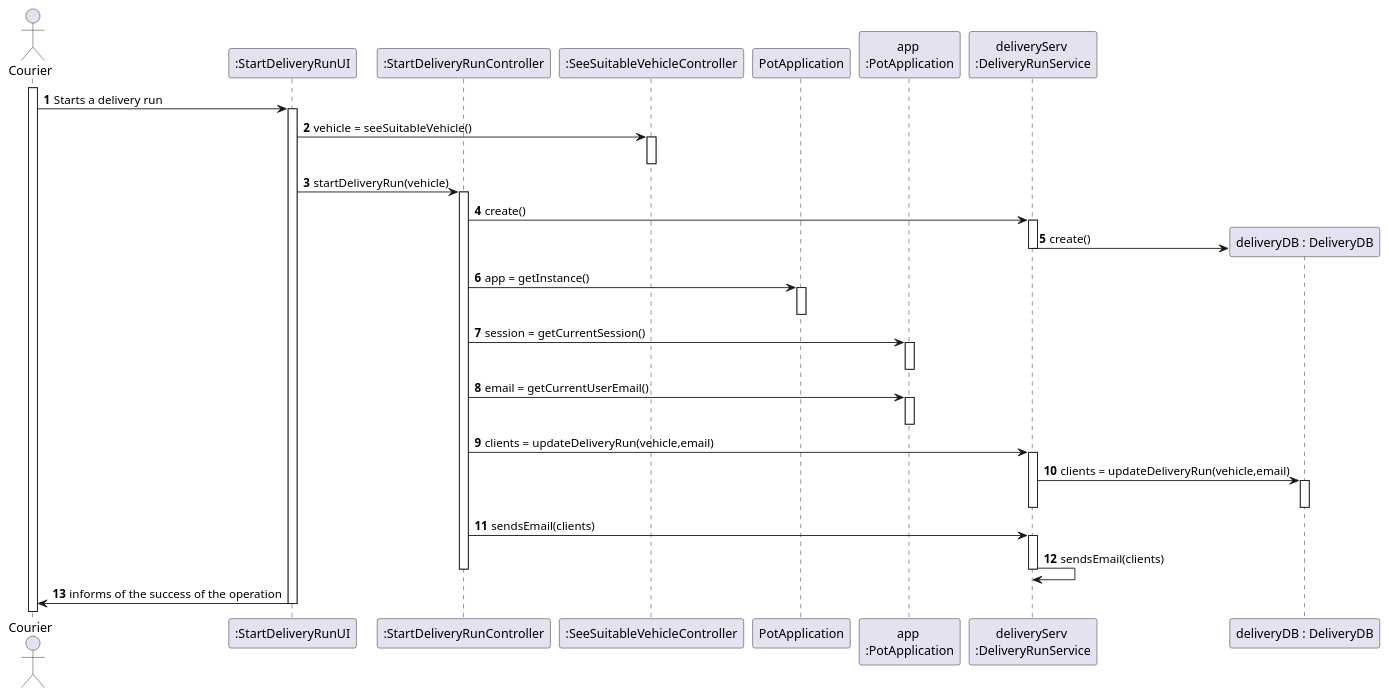
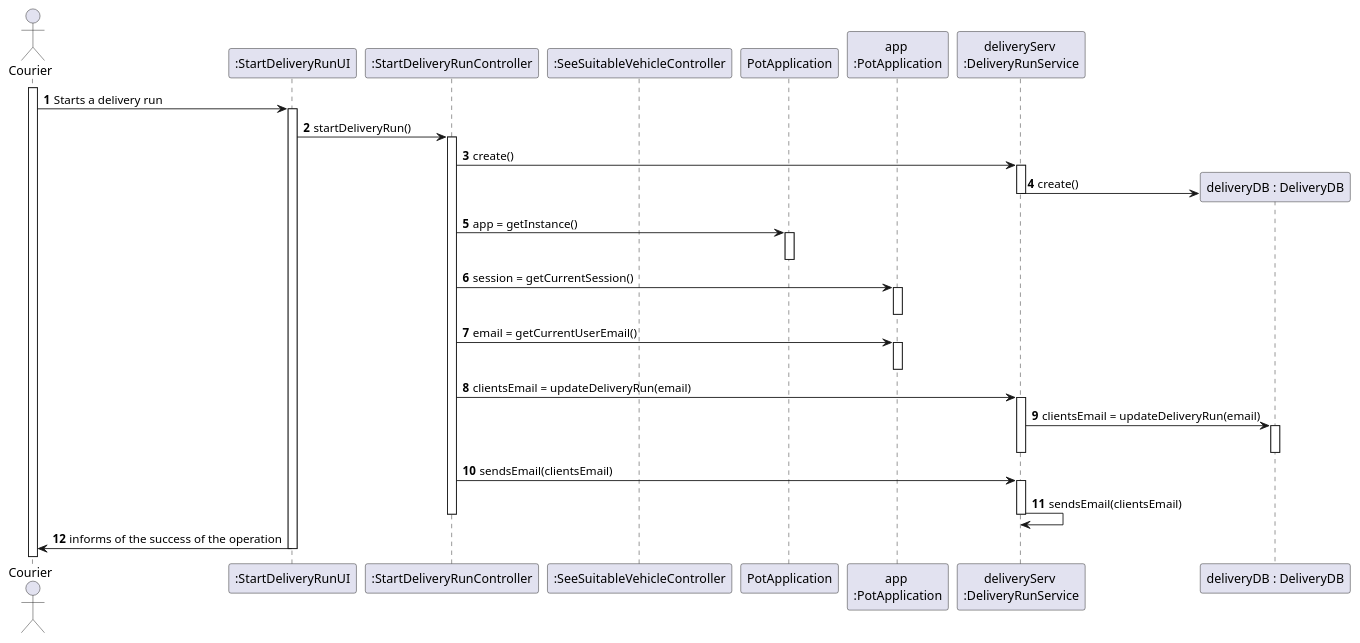
The diagram in docs/Iteration 3/Delivery Management/Refinement/US205_StartDeliveryRun/US205_SD.puml (tiagoavcosta25/LAPR3), drawn with PlantUML before and after one commit. The commit also changed 1 other file, not shown here.

Commit message:
LAPR2AP2-205 #refining StartDeliveryRun [Analysis] LAPR2AP2-205 #refining StartDeliveryRun [Design]

```diff
--- a/docs/Iteration 3/Delivery Management/Refinement/US205_StartDeliveryRun/US205_SD.puml
+++ b/docs/Iteration 3/Delivery Management/Refinement/US205_StartDeliveryRun/US205_SD.puml
@@ -1,50 +1,47 @@
 @startuml
 autonumber
 actor "Courier" as ADMIN
 participant ":StartDeliveryRunUI" as UI
 participant ":StartDeliveryRunController" as CTRL
 participant ":SeeSuitableVehicleController" as CTRLS
 participant "PotApplication" as PA
 participant "app \n:PotApplication" as APA
 participant "deliveryServ \n:DeliveryRunService" as PR
 participant "deliveryDB : DeliveryDB" as PDB
 activate ADMIN
 
 ADMIN -> UI : Starts a delivery run
 activate UI
 
-UI -> CTRLS : vehicle = seeSuitableVehicle()
-activate CTRLS
-deactivate CTRLS
-UI -> CTRL : startDeliveryRun(vehicle)
+UI -> CTRL : startDeliveryRun()
 activate CTRL
 CTRL -> PR : create()
 activate PR
 PR -> PDB** : create()
 deactivate PR
 CTRL -> PA : app = getInstance()
 activate PA
 deactivate PA
 CTRL -> APA : session = getCurrentSession()
 activate APA
 deactivate APA
 
 CTRL -> APA : email = getCurrentUserEmail()
 activate APA
 deactivate APA
-CTRL -> PR : clients = updateDeliveryRun(vehicle,email)
+CTRL -> PR : clientsEmail = updateDeliveryRun(email)
 activate PR
-PR -> PDB : clients = updateDeliveryRun(vehicle,email)
+PR -> PDB : clientsEmail = updateDeliveryRun(email)
 activate PDB
 deactivate PDB
 deactivate PR
 
-CTRL -> PR : sendsEmail(clients)
+CTRL -> PR : sendsEmail(clientsEmail)
 activate PR
-PR -> PR : sendsEmail(clients)
+PR -> PR : sendsEmail(clientsEmail)
 deactivate PR
 deactivate CTRL
 UI -> ADMIN : informs of the success of the operation
 deactivate UI
 
 @enduml
```
